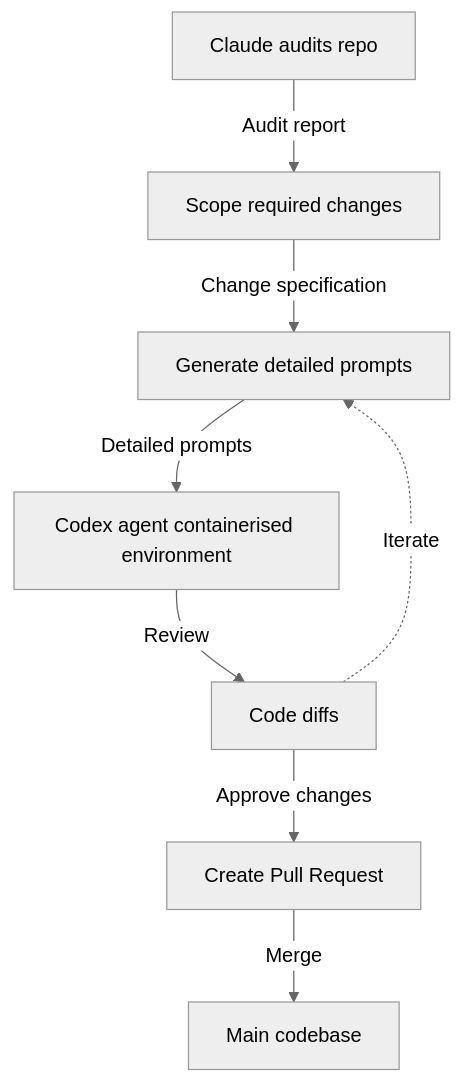
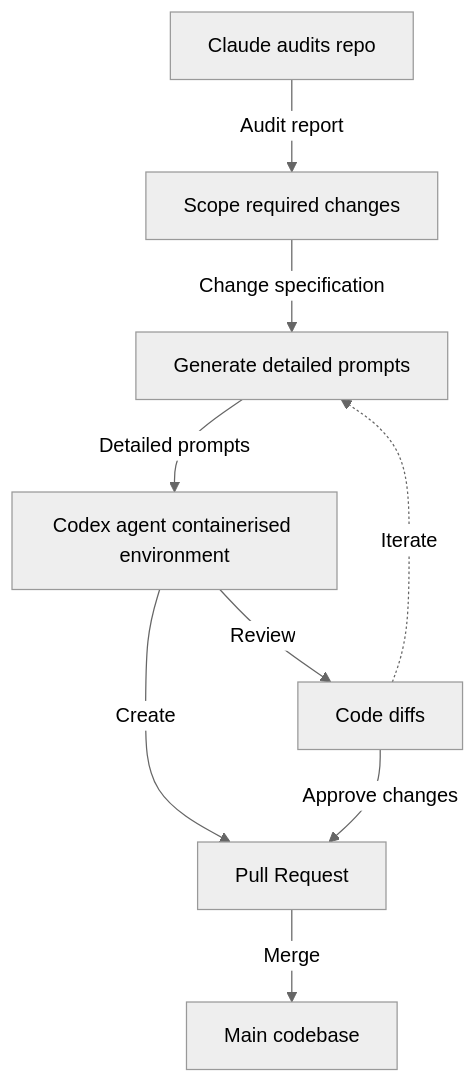
The diagram in public/posts/accessibility-beyond-compliance-real-patterns-for-react-and-tailwind.md (maxitect/blog), drawn with Mermaid (neutral theme) before and after one commit.

Commit message:
refactor: AI process diagram in latest blog post

````diff
--- a/public/posts/accessibility-beyond-compliance-real-patterns-for-react-and-tailwind.md
+++ b/public/posts/accessibility-beyond-compliance-real-patterns-for-react-and-tailwind.md
@@ -311,13 +311,14 @@
 ```mermaid
 flowchart TB
     A[Claude audits repo] -->|Audit report| B[Scope required changes]
     B -->|Change specification| C[Generate detailed prompts]
 
     C -->|Detailed prompts| D[Codex agent containerised environment]
     D -->|Review| E[Code diffs]
 
-    E -->|Approve changes| F[Create Pull Request]
+    D -->|Create| F[Pull Request]
+    E -->|Approve changes| F
     F -->|Merge| G[Main codebase]
 
     E -.->|Iterate| C
 ```
````
